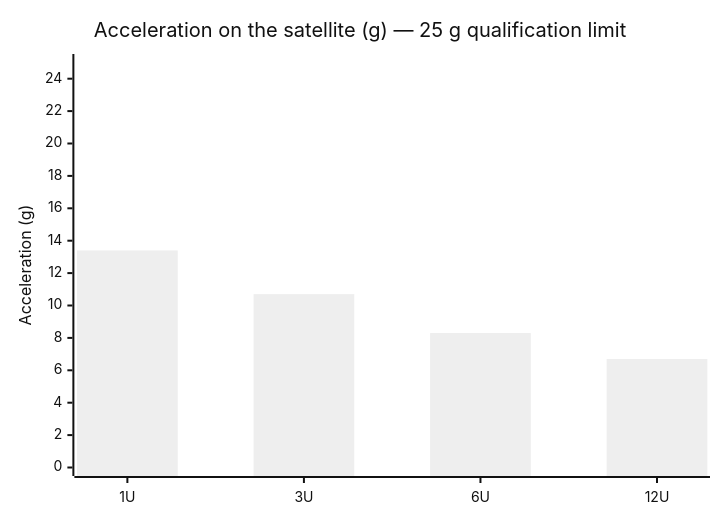
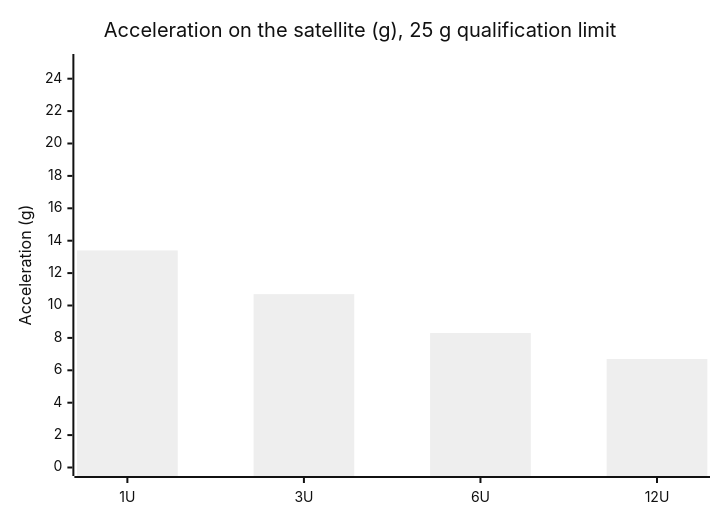
One commit to aaaaaaaaaaaavm/EMOCD changed the fourth of 11 diagrams in RESULTS.md. Above: the diagram before and after it, drawn with Mermaid (neutral theme). The commit also changed other lines of this file and 72 other files, not shown here.

````diff
--- a/RESULTS.md
+++ b/RESULTS.md
@@ -82,7 +82,7 @@
 ```mermaid
 xychart-beta
-    title "Acceleration on the satellite (g) — 25 g qualification limit"
+    title "Acceleration on the satellite (g), 25 g qualification limit"
     x-axis ["1U", "3U", "6U", "12U"]
     y-axis "Acceleration (g)" 0 --> 25
     bar [13.4, 10.7, 8.3, 6.7]
 ```
````
